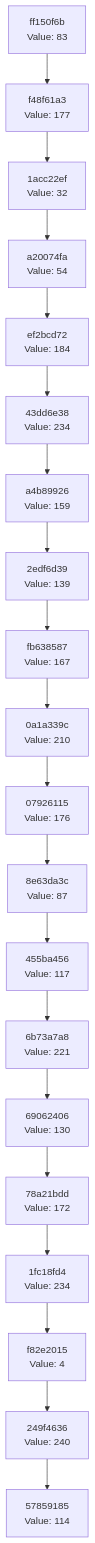
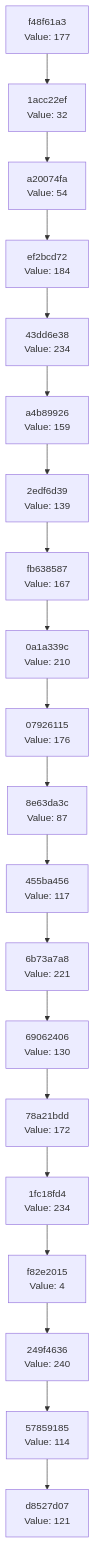
Before and after one commit to Abhisheksinha1506/hash-chain-evolver: the diagram in docs/CHAIN_VISUALIZATION.md, drawn with Mermaid. The commit also changed 2 other files, not shown here.

Commit message:
Evolution Step

````diff
--- a/docs/CHAIN_VISUALIZATION.md
+++ b/docs/CHAIN_VISUALIZATION.md
@@ -3,42 +3,42 @@
 ```mermaid
 graph TD
-    C0["57859185<br/>Value: 114"]
-    C1["249f4636<br/>Value: 240"]
+    C0["d8527d07<br/>Value: 121"]
+    C1["57859185<br/>Value: 114"]
     C1 --> C0
-    C2["f82e2015<br/>Value: 4"]
+    C2["249f4636<br/>Value: 240"]
     C2 --> C1
-    C3["1fc18fd4<br/>Value: 234"]
+    C3["f82e2015<br/>Value: 4"]
     C3 --> C2
-    C4["78a21bdd<br/>Value: 172"]
+    C4["1fc18fd4<br/>Value: 234"]
     C4 --> C3
-    C5["69062406<br/>Value: 130"]
+    C5["78a21bdd<br/>Value: 172"]
     C5 --> C4
-    C6["6b73a7a8<br/>Value: 221"]
+    C6["69062406<br/>Value: 130"]
     C6 --> C5
-    C7["455ba456<br/>Value: 117"]
+    C7["6b73a7a8<br/>Value: 221"]
     C7 --> C6
-    C8["8e63da3c<br/>Value: 87"]
+    C8["455ba456<br/>Value: 117"]
     C8 --> C7
-    C9["07926115<br/>Value: 176"]
+    C9["8e63da3c<br/>Value: 87"]
     C9 --> C8
-    C10["0a1a339c<br/>Value: 210"]
+    C10["07926115<br/>Value: 176"]
     C10 --> C9
-    C11["fb638587<br/>Value: 167"]
+    C11["0a1a339c<br/>Value: 210"]
     C11 --> C10
-    C12["2edf6d39<br/>Value: 139"]
+    C12["fb638587<br/>Value: 167"]
     C12 --> C11
-    C13["a4b89926<br/>Value: 159"]
+    C13["2edf6d39<br/>Value: 139"]
     C13 --> C12
-    C14["43dd6e38<br/>Value: 234"]
+    C14["a4b89926<br/>Value: 159"]
     C14 --> C13
-    C15["ef2bcd72<br/>Value: 184"]
+    C15["43dd6e38<br/>Value: 234"]
     C15 --> C14
-    C16["a20074fa<br/>Value: 54"]
+    C16["ef2bcd72<br/>Value: 184"]
     C16 --> C15
-    C17["1acc22ef<br/>Value: 32"]
+    C17["a20074fa<br/>Value: 54"]
     C17 --> C16
-    C18["f48f61a3<br/>Value: 177"]
+    C18["1acc22ef<br/>Value: 32"]
     C18 --> C17
-    C19["ff150f6b<br/>Value: 83"]
+    C19["f48f61a3<br/>Value: 177"]
     C19 --> C18
 ```
````
